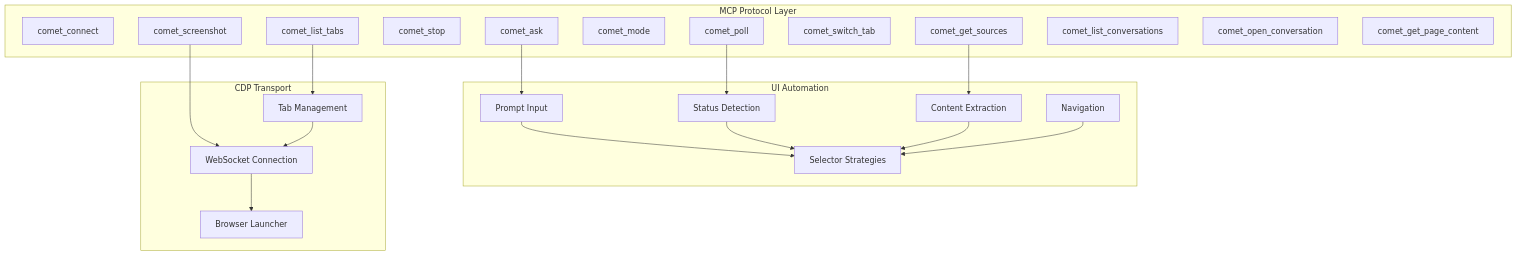
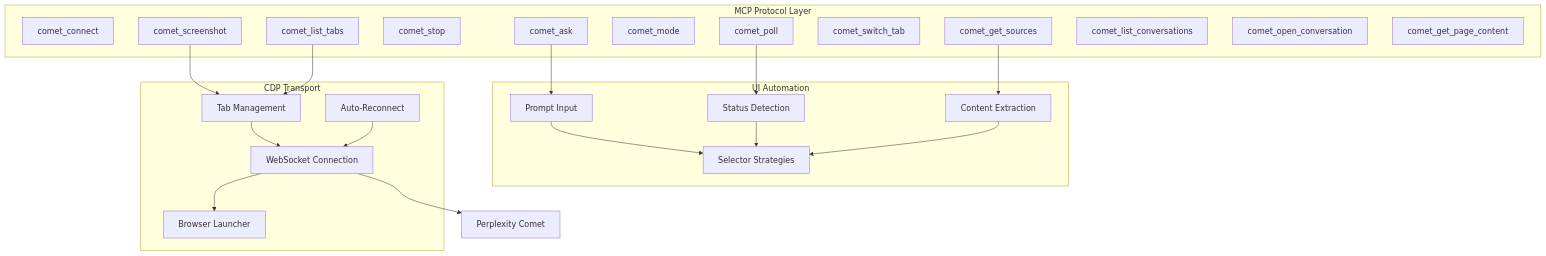
Before and after one commit to OneStepAt4time/mcp-comet: the second of 2 diagrams in README.md, drawn with Mermaid. The commit also changed other lines of this file, not shown here.

Commit message:
docs: overhaul README with corrected badges, features table, roadmap and polish

````diff
--- a/README.md
+++ b/README.md
@@ -157,43 +179,33 @@
 ```mermaid
-graph TB
-    subgraph "MCP Protocol Layer"
-        T1[comet_connect]
-        T2[comet_ask]
-        T3[comet_poll]
-        T4[comet_stop]
-        T5[comet_screenshot]
-        T6[comet_mode]
-        T7[comet_list_tabs]
-        T8[comet_switch_tab]
-        T9[comet_get_sources]
-        T10[comet_list_conversations]
-        T11[comet_open_conversation]
-        T12[comet_get_page_content]
-    end
+graph TD
+  subgraph MCP["MCP Protocol Layer"]
+    T1[comet_connect] & T2[comet_ask] & T3[comet_poll]
+    T4[comet_stop] & T5[comet_screenshot] & T6[comet_mode]
+    T7[comet_list_tabs] & T8[comet_switch_tab]
+    T9[comet_get_sources] & T10[comet_list_conversations]
+    T11[comet_open_conversation] & T12[comet_get_page_content]
+  end
 
-    subgraph "UI Automation"
-        S[Selector Strategies]
-        I[Prompt Input]
-        ST[Status Detection]
-        EX[Content Extraction]
-        NV[Navigation]
-    end
+  subgraph UI["UI Automation"]
+    S[Selector Strategies]
+    I[Prompt Input]
+    ST[Status Detection]
+    EX[Content Extraction]
+  end
 
-    subgraph "CDP Transport"
-        BR[Browser Launcher]
-        CO[WebSocket Connection]
-        TA[Tab Management]
-    end
+  subgraph CDP["CDP Transport"]
+    BR[Browser Launcher]
+    CO[WebSocket Connection]
+    TA[Tab Management]
+    RC[Auto-Reconnect]
+  end
 
-    T2 --> I
-    T3 --> ST
-    T9 --> EX
-    T5 --> CO
-    T7 --> TA
-    I --> S
-    ST --> S
-    EX --> S
-    NV --> S
-    CO --> BR
-    TA --> CO
+  T2 --> I
+  T3 --> ST
+  T9 --> EX
+  T5 & T7 --> TA
+  I & ST & EX --> S
+  CO --> BR
+  TA & RC --> CO
+  CO --> Comet[Perplexity Comet]
 ```
````
